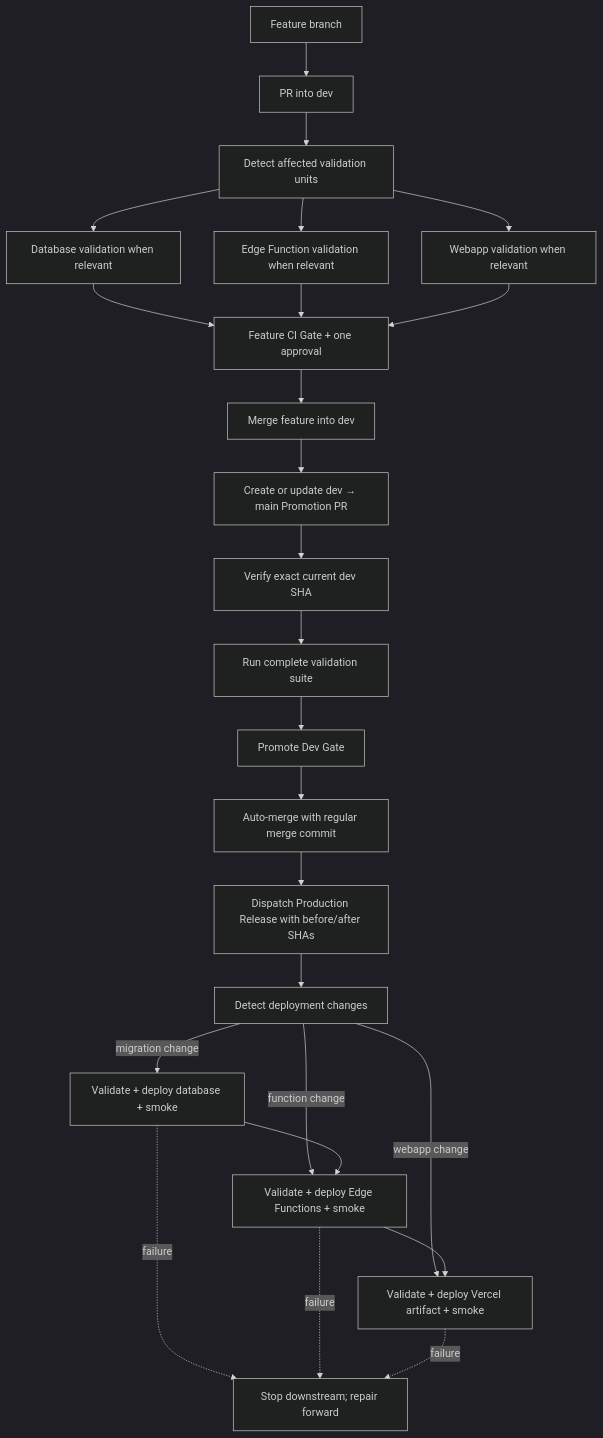
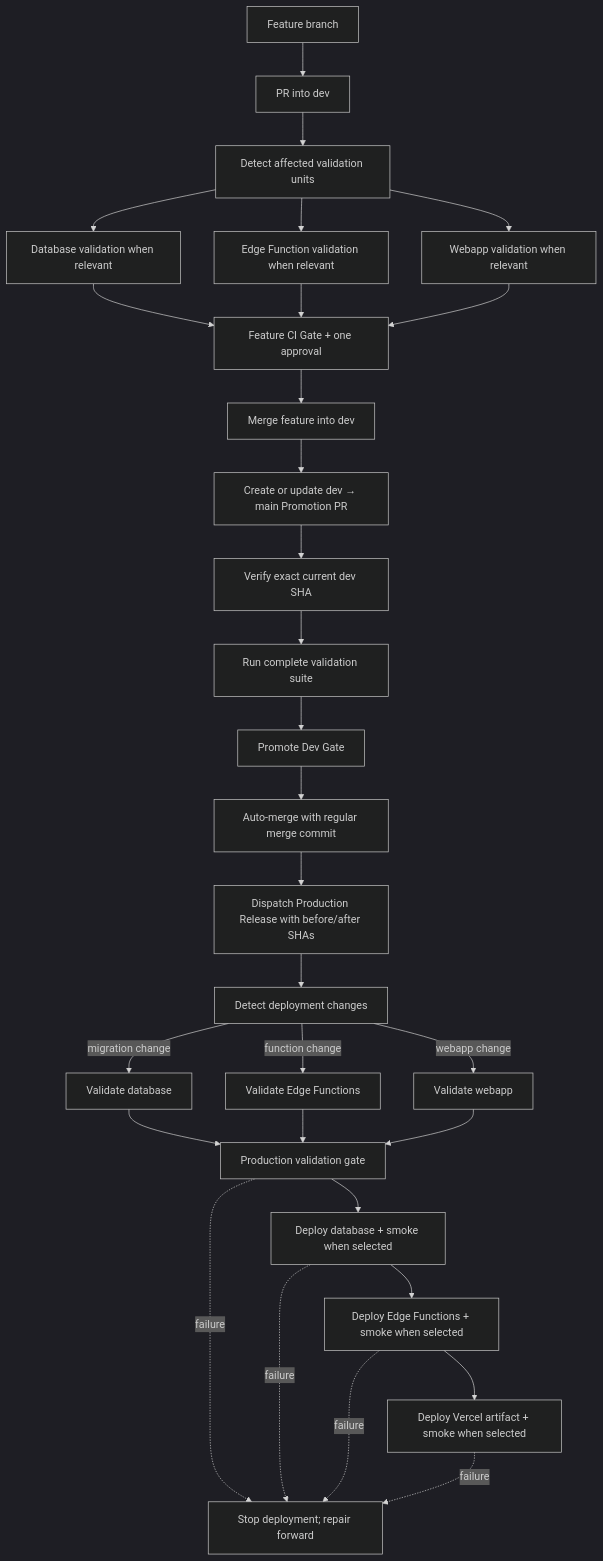
One commit to sushiape/bossbaby changed the diagram in docs/ci-cd-pipeline-report.md. Above: the diagram before and after it, drawn with Mermaid (dark theme). The commit also changed other lines of this file and 9 other files, not shown here.

First line of the commit message:
Enhance production release workflows with validation steps and secret checks

````diff
--- a/docs/ci-cd-pipeline-report.md
+++ b/docs/ci-cd-pipeline-report.md
@@ -15,30 +15,35 @@
 ```mermaid
 flowchart TD
     A["Feature branch"] --> B["PR into dev"]
     B --> C["Detect affected validation units"]
     C --> D["Database validation when relevant"]
     C --> E["Edge Function validation when relevant"]
     C --> F["Webapp validation when relevant"]
     D --> G["Feature CI Gate + one approval"]
     E --> G
     F --> G
     G --> H["Merge feature into dev"]
 
     H --> I["Create or update dev → main Promotion PR"]
     I --> J["Verify exact current dev SHA"]
     J --> K["Run complete validation suite"]
     K --> L["Promote Dev Gate"]
     L --> M["Auto-merge with regular merge commit"]
     M --> N["Dispatch Production Release with before/after SHAs"]
 
     N --> O["Detect deployment changes"]
-    O -->|"migration change"| P["Validate + deploy database + smoke"]
-    O -->|"function change"| Q["Validate + deploy Edge Functions + smoke"]
-    O -->|"webapp change"| R["Validate + deploy Vercel artifact + smoke"]
-    P --> Q
-    Q --> R
+    O -->|"migration change"| P["Validate database"]
+    O -->|"function change"| Q["Validate Edge Functions"]
+    O -->|"webapp change"| R["Validate webapp"]
+    P --> S["Production validation gate"]
+    Q --> S
+    R --> S
+    S --> T["Deploy database + smoke when selected"]
+    T --> U["Deploy Edge Functions + smoke when selected"]
+    U --> V["Deploy Vercel artifact + smoke when selected"]
 
-    P -. "failure" .-> X["Stop downstream; repair forward"]
-    Q -. "failure" .-> X
-    R -. "failure" .-> X
+    S -. "failure" .-> X["Stop deployment; repair forward"]
+    T -. "failure" .-> X
+    U -. "failure" .-> X
+    V -. "failure" .-> X
 ```
````
